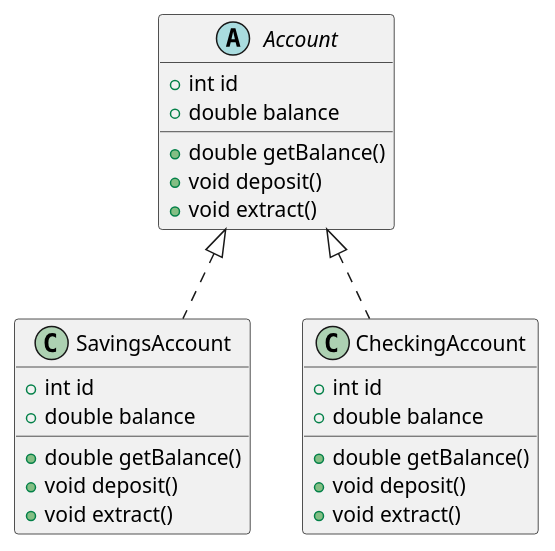
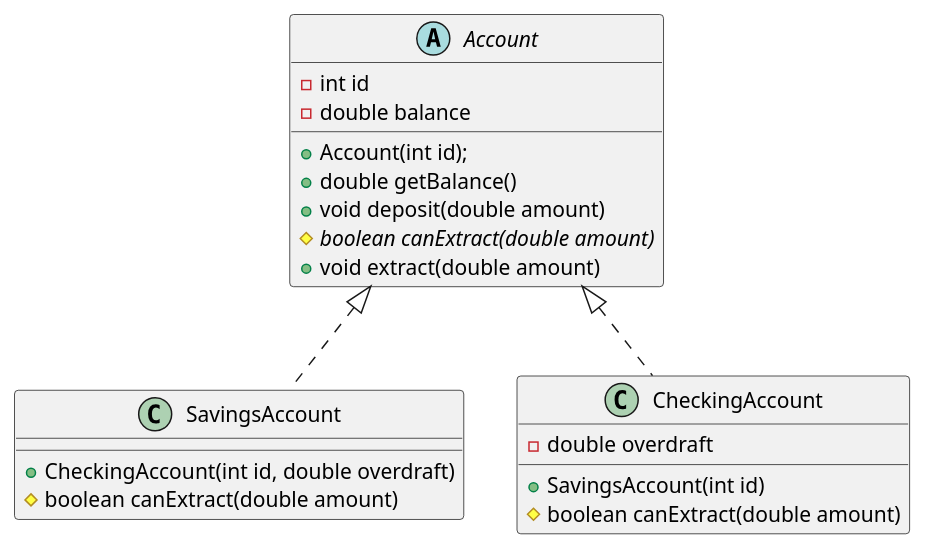
The diagram in src/tp01/ej10/ej10.puml (guerrerojuli/POO), drawn with PlantUML before and after one commit. The commit also changed 21 other files, not shown here.

```diff
--- a/src/tp01/ej10/ej10.puml
+++ b/src/tp01/ej10/ej10.puml
@@ -1,30 +1,27 @@
 @startuml
 
 abstract class Account {
-    + int id
-    + double balance
+    - int id
+    - double balance
 
+    + Account(int id);
     + double getBalance()
-    + void deposit()
-    + void extract()
+    + void deposit(double amount)
+    # {abstract}boolean canExtract(double amount)
+    + void extract(double amount)
 }
 
 class SavingsAccount implements Account {
-    + int id
-    + double balance
 
-    + double getBalance()
-    + void deposit()
-    + void extract()
+    + CheckingAccount(int id, double overdraft)
+    # boolean canExtract(double amount)
 }
 
 class CheckingAccount implements Account {
-    + int id
-    + double balance
+    - double overdraft
 
-    + double getBalance()
-    + void deposit()
-    + void extract()
+    + SavingsAccount(int id)
+    # boolean canExtract(double amount)
 }
 
 @enduml
```
